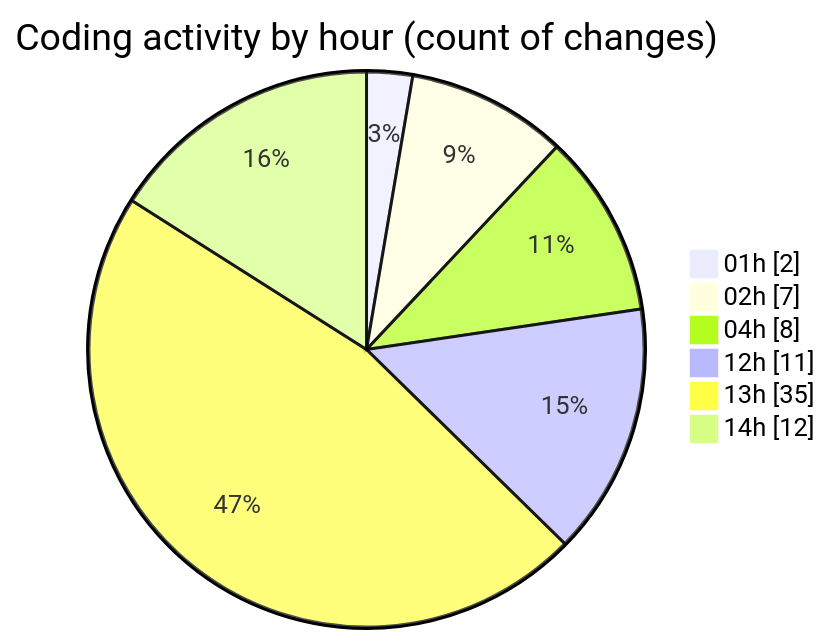
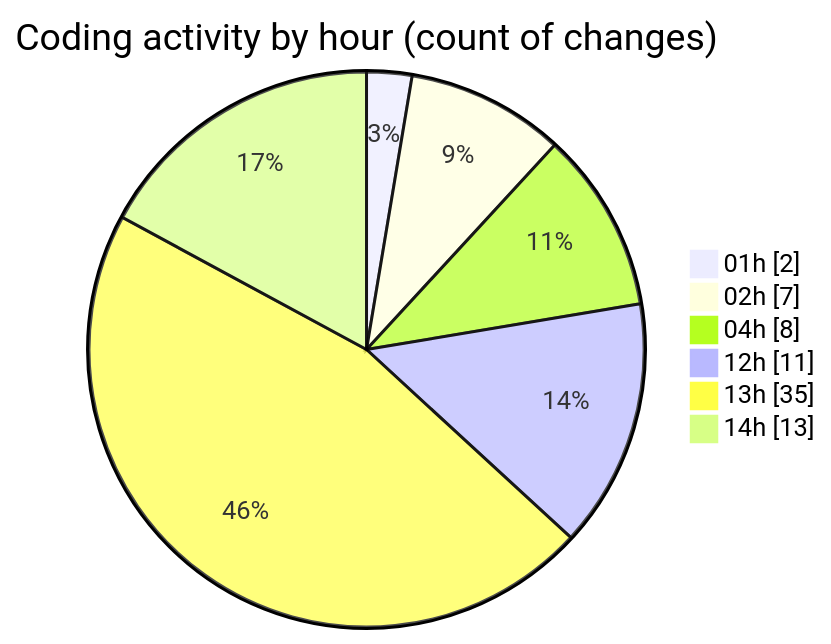
One commit to lephambinh05/code-tracking changed the second of 2 diagrams in 2025-08-11/rentotp/README.md. Above: the diagram before and after it, drawn with Mermaid. The commit also changed other lines of this file and 1 other file, not shown here.

````diff
--- a/2025-08-11/rentotp/README.md
+++ b/2025-08-11/rentotp/README.md
@@ -46,10 +46,10 @@
 ```mermaid
 pie showData
 title Coding activity by hour (count of changes)
 "01h" : 2
 "02h" : 7
 "04h" : 8
 "12h" : 11
 "13h" : 35
-"14h" : 12
+"14h" : 13
 ```
````
